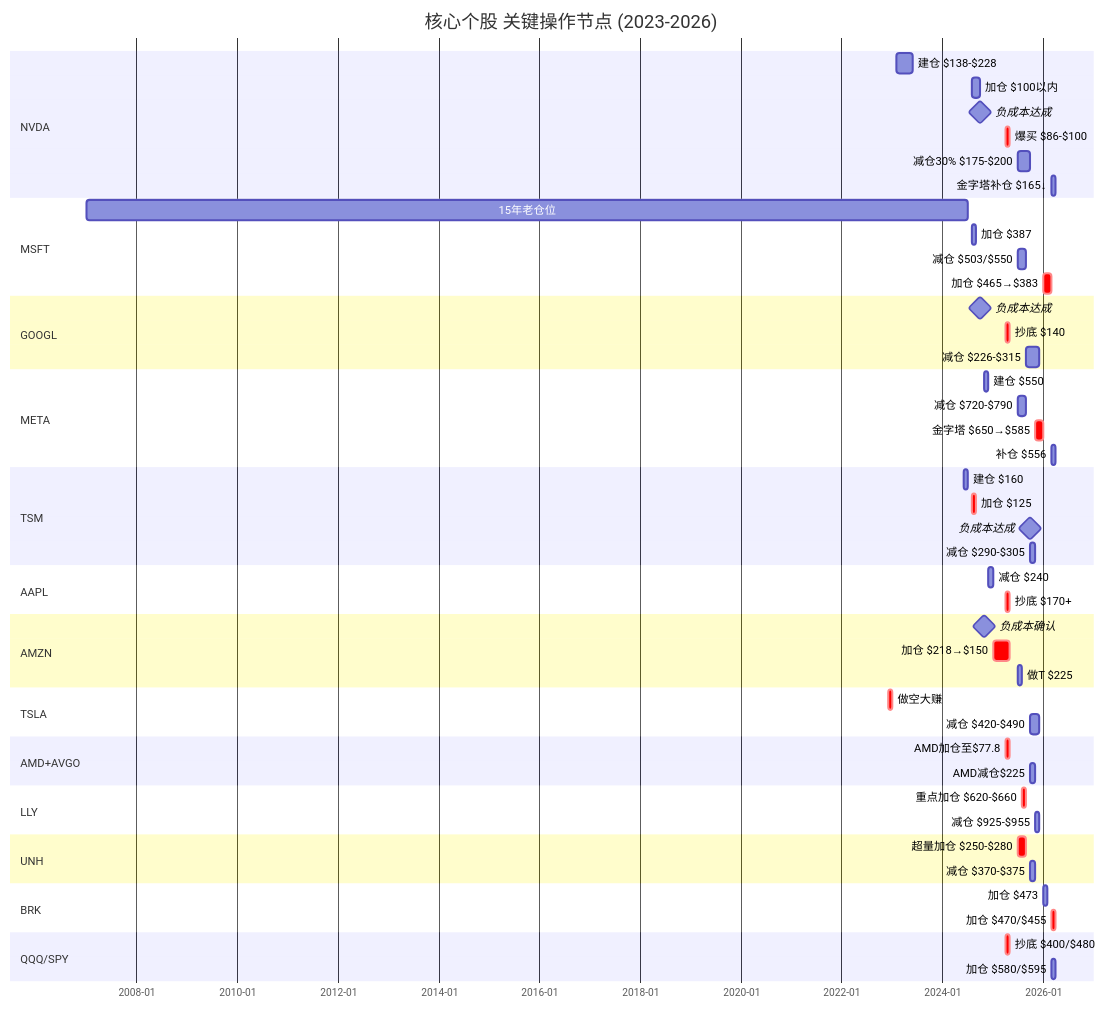
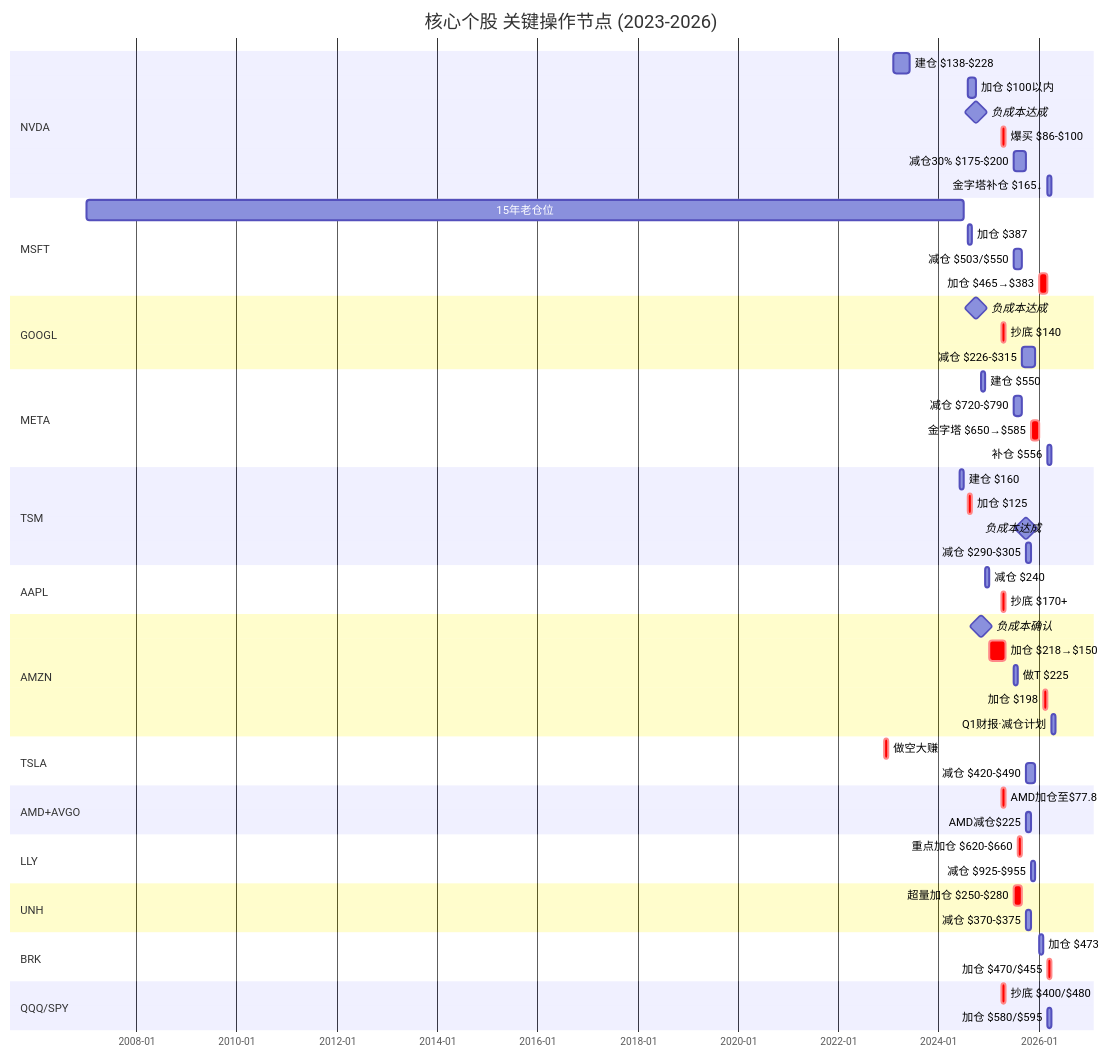
One commit to JionLin/jjc-money changed the second of 3 diagrams in docs/topology-details/A_美股投资实战.md. Above: the diagram before and after it, drawn with Mermaid. The commit also changed other lines of this file and 2 other files, not shown here.

````diff
--- a/docs/topology-details/A_美股投资实战.md
+++ b/docs/topology-details/A_美股投资实战.md
@@ -745,70 +761,72 @@
 ```mermaid
 gantt
     title 核心个股 关键操作节点 (2023-2026)
     dateFormat YYYY-MM
     axisFormat %Y-%m
 
     section NVDA
     建仓 $138-$228     :nvda1, 2023-02, 2023-06
     加仓 $100以内       :nvda2, 2024-08, 2024-10
     负成本达成          :milestone, 2024-10, 0d
     爆买 $86-$100      :crit, nvda3, 2025-04, 2025-05
     减仓30% $175-$200  :nvda4, 2025-07, 2025-10
     金字塔补仓 $165↓   :nvda5, 2026-03, 2026-04
 
     section MSFT
     15年老仓位          :msft0, 2007-01, 2024-07
     加仓 $387           :msft1, 2024-08, 2024-09
     减仓 $503/$550      :msft2, 2025-07, 2025-09
     加仓 $465→$383      :crit, msft3, 2026-01, 2026-03
 
     section GOOGL
     负成本达成          :milestone, 2024-10, 0d
     抄底 $140           :crit, googl1, 2025-04, 2025-05
     减仓 $226-$315      :googl2, 2025-09, 2025-12
 
     section META
     建仓 $550           :meta1, 2024-11, 2024-12
     减仓 $720-$790      :meta2, 2025-07, 2025-09
     金字塔 $650→$585    :crit, meta3, 2025-11, 2026-01
     补仓 $556           :meta4, 2026-03, 2026-04
 
     section TSM
     建仓 $160           :tsm1, 2024-06, 2024-07
     加仓 $125           :crit, tsm2, 2024-08, 2024-09
     负成本达成          :milestone, 2025-10, 0d
     减仓 $290-$305      :tsm3, 2025-10, 2025-11
 
     section AAPL
     减仓 $240           :aapl1, 2024-12, 2025-01
     抄底 $170+          :crit, aapl2, 2025-04, 2025-05
 
     section AMZN
     负成本确认          :milestone, 2024-11, 0d
     加仓 $218→$150      :crit, amzn1, 2025-01, 2025-05
     做T $225            :amzn2, 2025-07, 2025-08
+    加仓 $198           :crit, amzn3, 2026-02, 2026-03
+    Q1财报·减仓计划     :amzn4, 2026-04, 2026-05
 
     section TSLA
     做空大赚            :crit, tsla0, 2022-12, 2023-01
     减仓 $420-$490      :tsla1, 2025-10, 2025-12
 
     section AMD+AVGO
     AMD加仓至$77.8      :crit, amd1, 2025-04, 2025-05
     AMD减仓$225         :amd2, 2025-10, 2025-11
 
     section LLY
     重点加仓 $620-$660  :crit, lly1, 2025-08, 2025-09
     减仓 $925-$955      :lly2, 2025-11, 2025-12
 
     section UNH
     超量加仓 $250-$280  :crit, unh1, 2025-07, 2025-09
     减仓 $370-$375      :unh2, 2025-10, 2025-11
 
     section BRK
     加仓 $473            :brk1, 2026-01, 2026-02
     加仓 $470/$455       :crit, brk2, 2026-03, 2026-04
 
     section QQQ/SPY
     抄底 $400/$480      :crit, etf1, 2025-04, 2025-05
     加仓 $580/$595      :etf2, 2026-03, 2026-04
 ```
````
